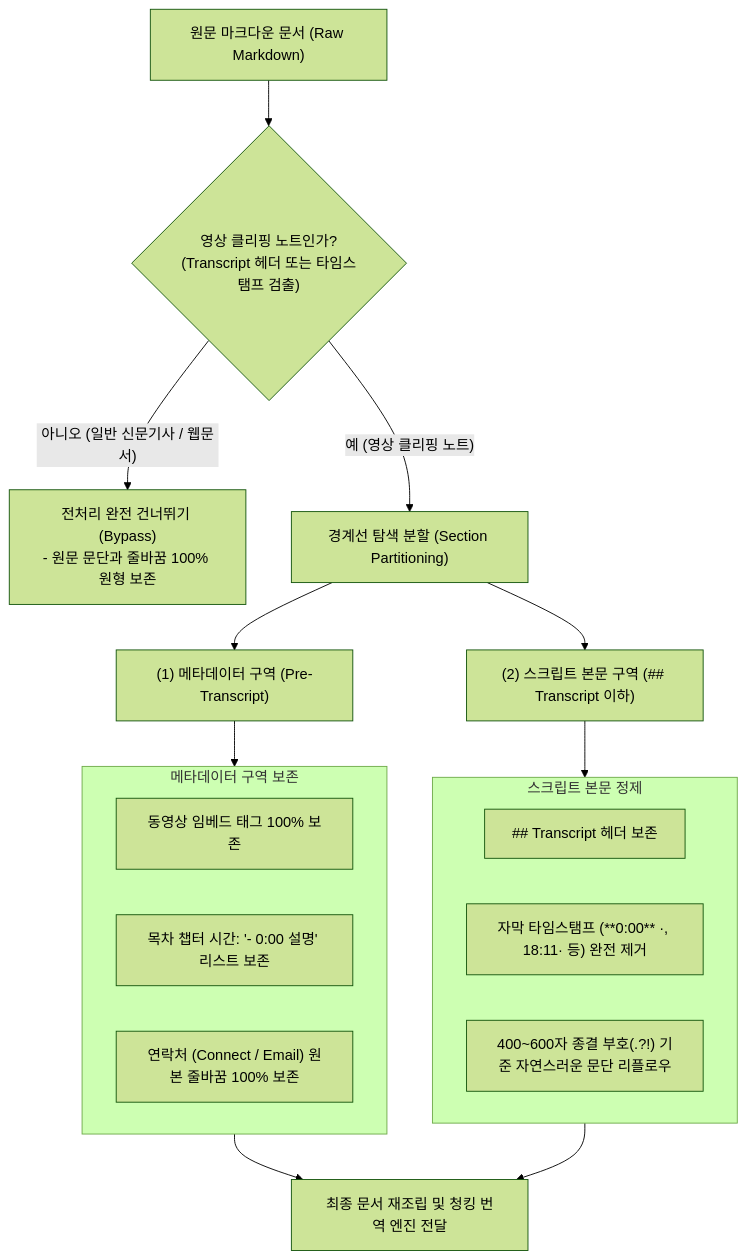
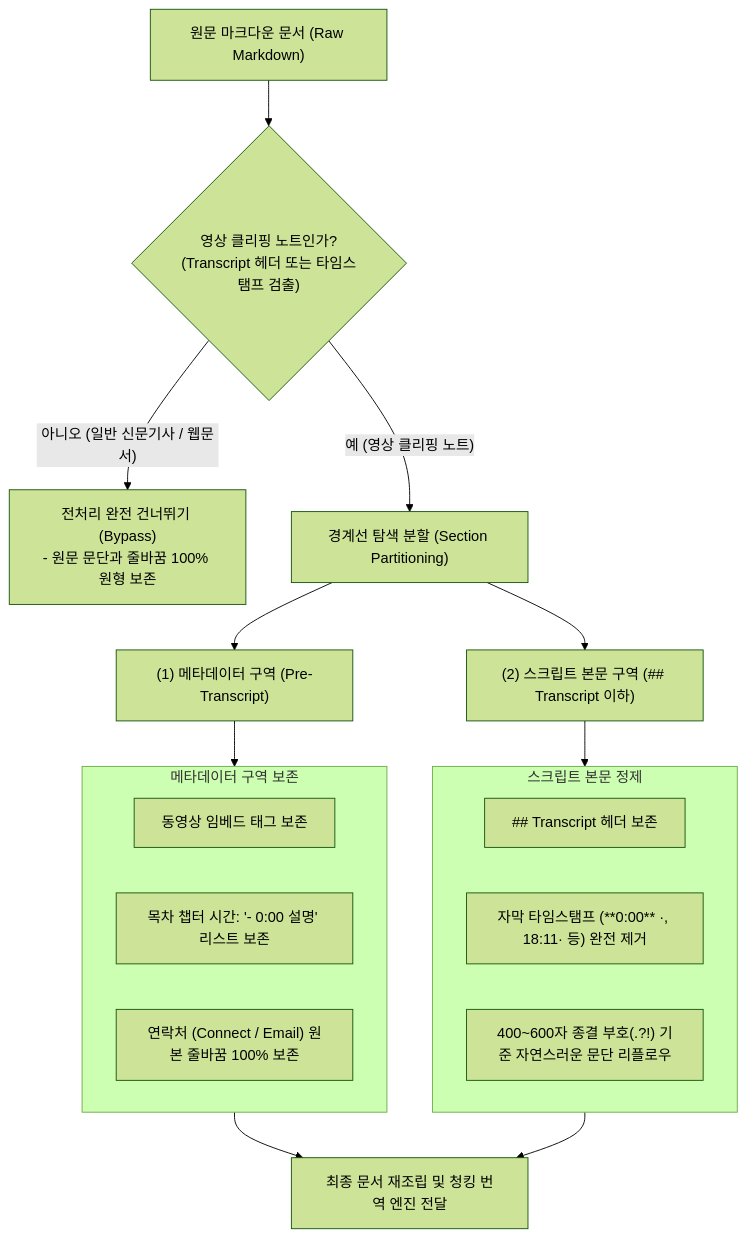
The diagram in docs/video-clipping-and-chunking-guide.md (sparklings/emily), drawn with Mermaid (forest theme) before and after one commit. The commit also changed 10 other files, not shown here.

Commit message:
docs: eliminate exaggerated claims and ground descriptions in technical architecture

````diff
--- a/docs/video-clipping-and-chunking-guide.md
+++ b/docs/video-clipping-and-chunking-guide.md
@@ -27,31 +27,31 @@
 ```mermaid
 flowchart TD
     RawDoc["원문 마크다운 문서 (Raw Markdown)"]
     CheckVideo{"영상 클리핑 노트인가?<br/>(Transcript 헤더 또는 타임스탬프 검출)"}
 
     RawDoc --> CheckVideo
     CheckVideo -->|"아니오 (일반 신문기사 / 웹문서)"| Bypass["전처리 완전 건너뛰기 (Bypass)<br/>- 원문 문단과 줄바꿈 100% 원형 보존"]
 
     CheckVideo -->|"예 (영상 클리핑 노트)"| Split["경계선 탐색 분할 (Section Partitioning)"]
     
     Split --> MetaSec["(1) 메타데이터 구역 (Pre-Transcript)"]
     Split --> ScriptSec["(2) 스크립트 본문 구역 (## Transcript 이하)"]
 
     subgraph MetaProcessing ["메타데이터 구역 보존"]
-        Meta1["동영상 임베드 태그 100% 보존"]
+        Meta1["동영상 임베드 태그 보존"]
         Meta2["목차 챕터 시간: '- 0:00 설명' 리스트 보존"]
         Meta3["연락처 (Connect / Email) 원본 줄바꿈 100% 보존"]
     end
 
     subgraph ScriptProcessing ["스크립트 본문 정제"]
         Script1["## Transcript 헤더 보존"]
         Script2["자막 타임스탬프 (**0:00** ·, 18:11· 등) 완전 제거"]
         Script3["400~600자 종결 부호(.?!) 기준 자연스러운 문단 리플로우"]
     end
 
     MetaSec --> MetaProcessing
     ScriptSec --> ScriptProcessing
 
     MetaProcessing --> Assemble["최종 문서 재조립 및 청킹 번역 엔진 전달"]
     ScriptProcessing --> Assemble
 ```
````
